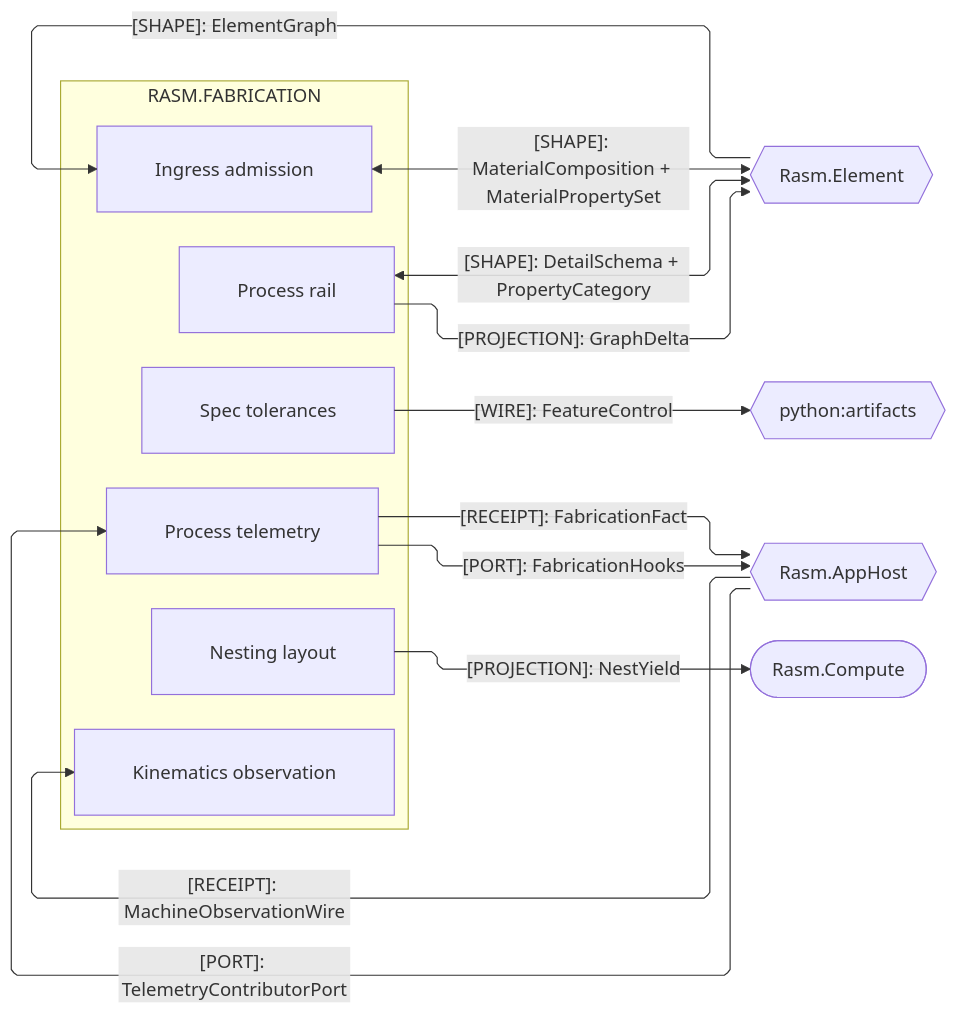
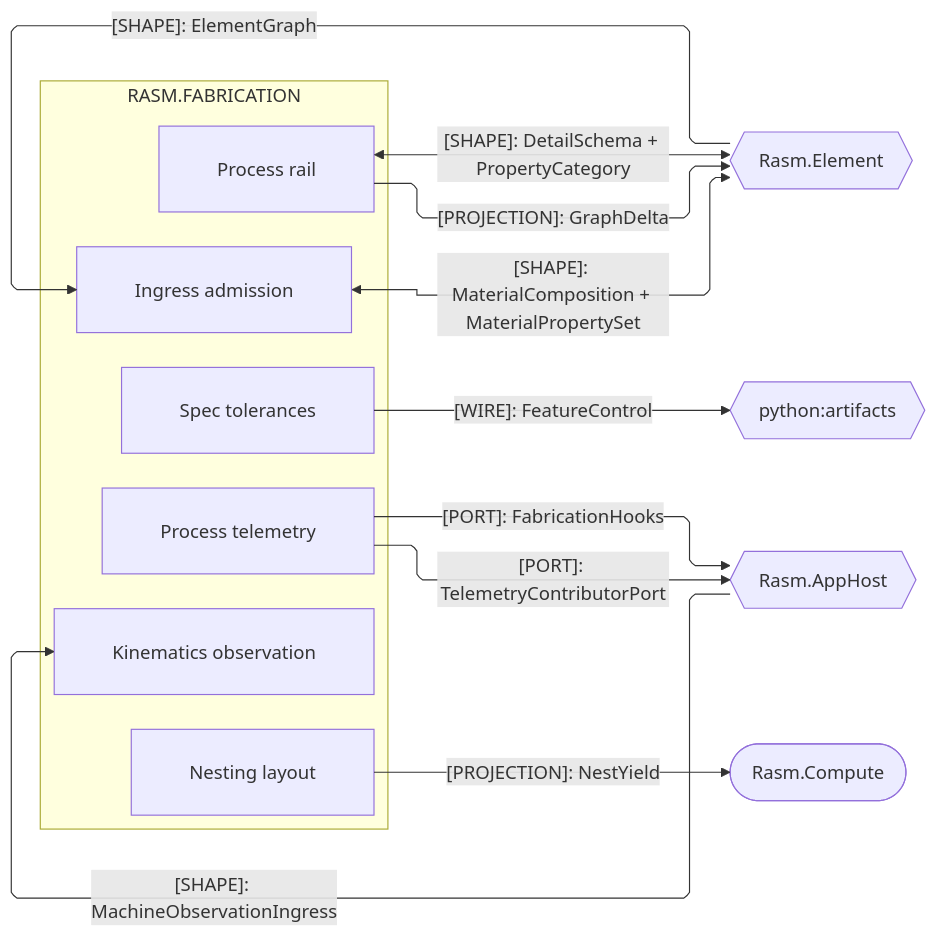
One commit to bsamiee/Rasm changed the second of 4 diagrams in libs/dotnet/Rasm.Fabrication/ARCHITECTURE.md. Above: the diagram before and after it, drawn with Mermaid. The commit also changed other lines of this file and 1417 other files, not shown here.

````diff
--- a/libs/dotnet/Rasm.Fabrication/ARCHITECTURE.md
+++ b/libs/dotnet/Rasm.Fabrication/ARCHITECTURE.md
@@ -193,34 +193,33 @@
 ```mermaid
 ---
 config:
   layout: elk
   flowchart:
     curve: linear
     padding: 25
 ---
 flowchart LR
     accTitle: Fabrication AEC-domain peer seams
     accDescr: Fabrication owners exchanging projector, graph, tolerance, yield, and telemetry contracts with the AEC peers and the artifacts plane.
     subgraph fabrication[RASM.FABRICATION]
         Process[Process rail]
         Telemetry[Process telemetry]
         Ingress[Ingress admission]
         Kinematics[Kinematics observation]
         Nesting[Nesting layout]
         Spec[Spec tolerances]
     end
     Element{{Rasm.Element}}
     Artifacts{{python:artifacts}}
     AppHost{{Rasm.AppHost}}
     Compute([Rasm.Compute])
     Process e1@-->|"[PROJECTION]: GraphDelta"| Element
     Element e2@-->|"[SHAPE]: ElementGraph"| Ingress
     Ingress e3@<-->|"[SHAPE]: MaterialComposition + MaterialPropertySet"| Element
     Process e4@<-->|"[SHAPE]: DetailSchema + PropertyCategory"| Element
     Spec e5@-->|"[WIRE]: FeatureControl"| Artifacts
-    Telemetry e6@-->|"[RECEIPT]: FabricationFact"| AppHost
-    AppHost e7@-->|"[PORT]: TelemetryContributorPort"| Telemetry
+    Telemetry e6@-->|"[PORT]: TelemetryContributorPort"| AppHost
     Telemetry e8@-->|"[PORT]: FabricationHooks"| AppHost
-    AppHost e9@-->|"[RECEIPT]: MachineObservationWire"| Kinematics
+    AppHost e9@-->|"[SHAPE]: MachineObservationIngress"| Kinematics
     Nesting e10@-->|"[PROJECTION]: NestYield"| Compute
 ```
````
